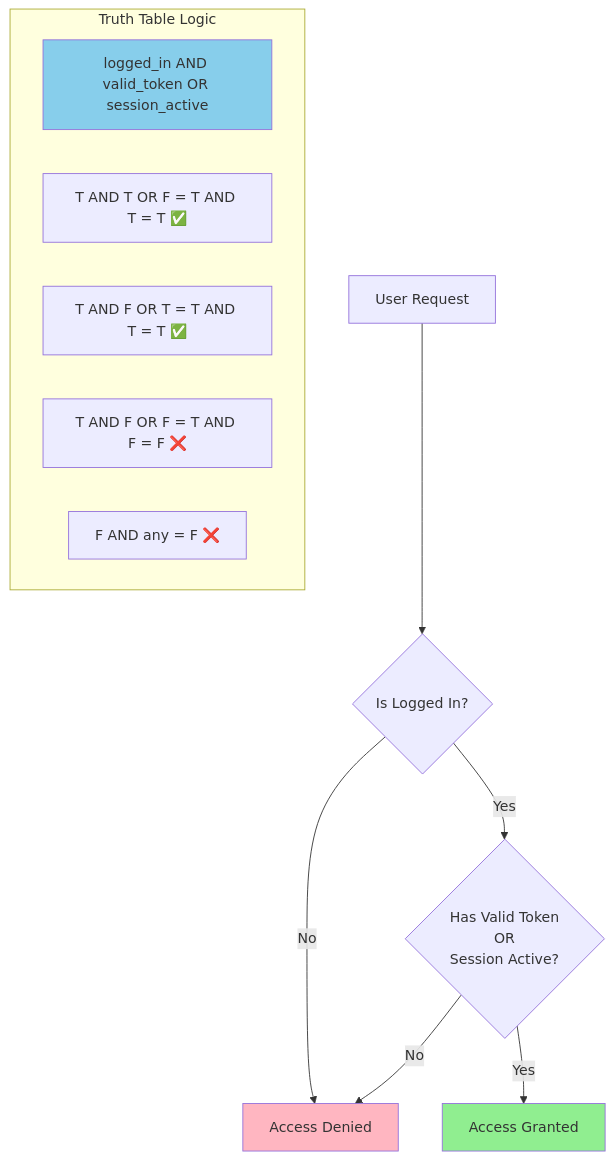
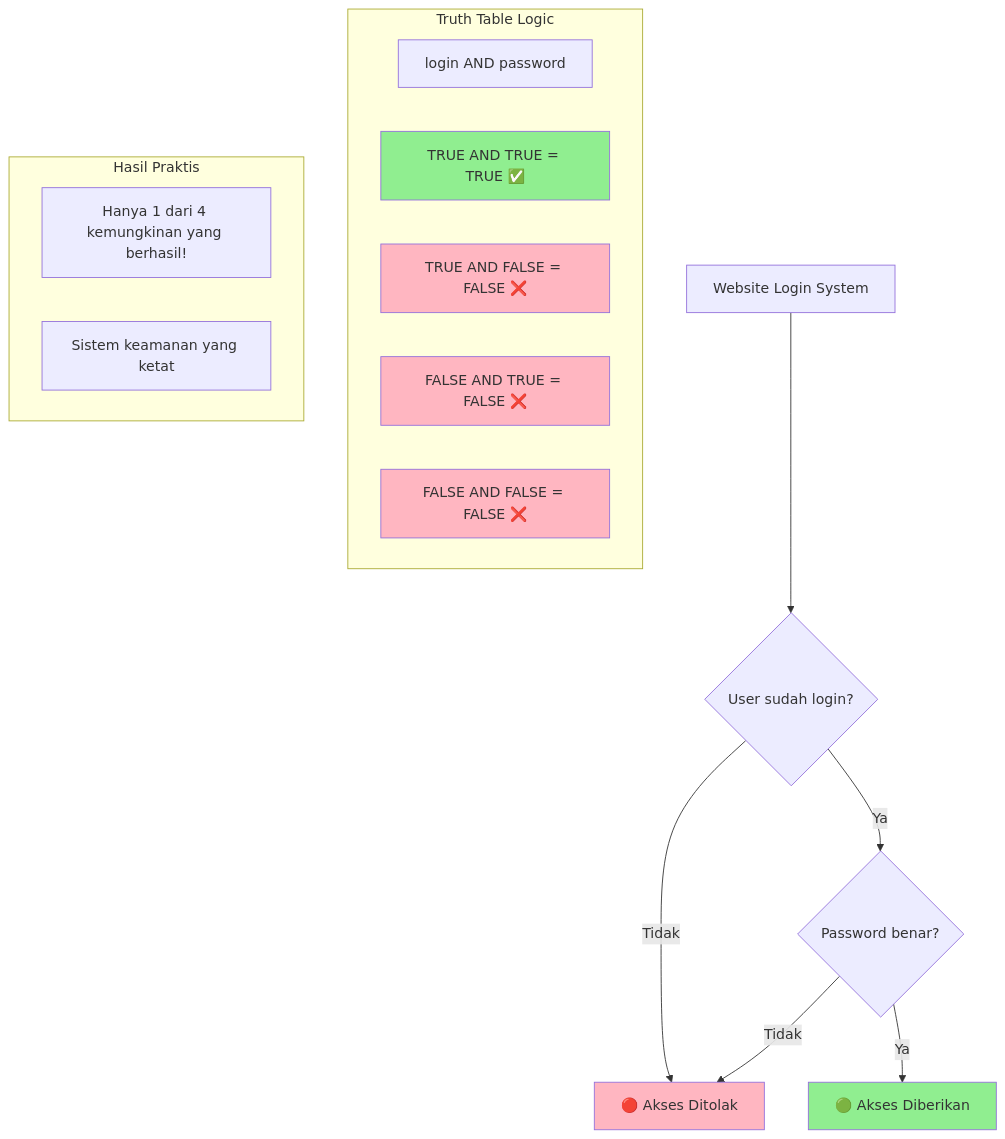
The fourth of 5 diagrams in pertemuan2.md (antonprafanto/logikamatematika), drawn with Mermaid before and after one commit. The commit also changed other lines of this file, not shown here.

````diff
--- a/pertemuan2.md
+++ b/pertemuan2.md
@@ -566,21 +536,29 @@
 ```mermaid
 flowchart TD
-    A[User Request] --> B{Is Logged In?}
-    B -->|No| C[Access Denied]
-    B -->|Yes| D{Has Valid Token<br/>OR<br/>Session Active?}
+    A[Website Login System] --> B{User sudah login?}
+    B -->|Tidak| C[🔴 Akses Ditolak]
+    B -->|Ya| D{Password benar?}
     
-    D -->|No| C
-    D -->|Yes| E[Access Granted]
+    D -->|Tidak| C
+    D -->|Ya| E[🟢 Akses Diberikan]
     
     subgraph "Truth Table Logic"
-        F[logged_in AND valid_token OR session_active]
-        G[T AND T OR F = T AND T = T ✅]
-        H[T AND F OR T = T AND T = T ✅]
-        I[T AND F OR F = T AND F = F ❌]
-        J[F AND any = F ❌]
+        F[login AND password]
+        G[TRUE AND TRUE = TRUE ✅]
+        H[TRUE AND FALSE = FALSE ❌]
+        I[FALSE AND TRUE = FALSE ❌]
+        J[FALSE AND FALSE = FALSE ❌]
+    end
+    
+    subgraph "Hasil Praktis"
+        K[Hanya 1 dari 4 kemungkinan yang berhasil!]
+        L[Sistem keamanan yang ketat]
     end
     
     style E fill:#90EE90
     style C fill:#FFB6C1
-    style F fill:#87CEEB
+    style G fill:#90EE90
+    style H fill:#FFB6C1
+    style I fill:#FFB6C1
+    style J fill:#FFB6C1
 ```
````
